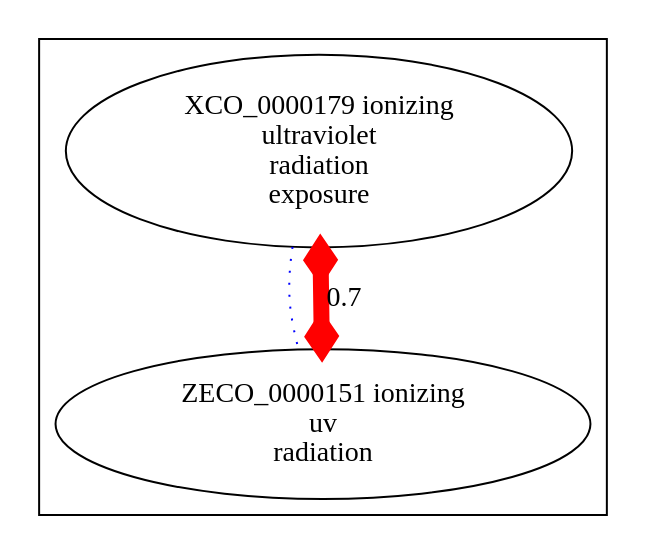
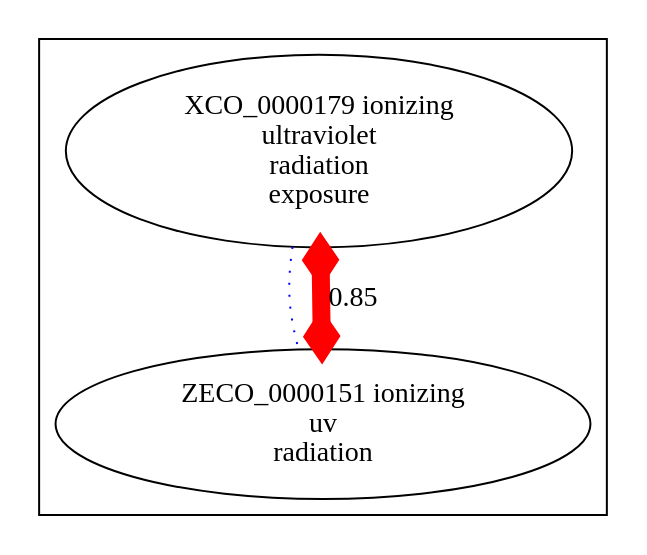
One commit to cmungall/radiation-ontology changed the diagram in target/img-ZECO_0000151.dot. Above: the diagram before and after it, drawn with Graphviz. The commit also changed 9 other files, not shown here.

```diff
--- a/target/img-ZECO_0000151.dot
+++ b/target/img-ZECO_0000151.dot
@@ -1,11 +1,11 @@
 digraph cliquegraph {
 subgraph cluster_ZECO_0000151 {ZECO_0000151 [ label="ZECO_0000151 ionizing
 uv
 radiation" ];
 XCO_0000179 [ label="XCO_0000179 ionizing
 ultraviolet
 radiation
 exposure" ];}
 XCO_0000179 -> ZECO_0000151 [ arrowhead = none, penwidth=1, color=blue, label="", style=dotted]
-XCO_0000179 -> ZECO_0000151 [ arrowhead = ediamond, penwidth=8, color=red, label="0.7", style=solid, arrowtail=ediamond, dir=both]
+XCO_0000179 -> ZECO_0000151 [ arrowhead = ediamond, penwidth=9, color=red, label="0.85", style=solid, arrowtail=ediamond, dir=both]
 }
```
